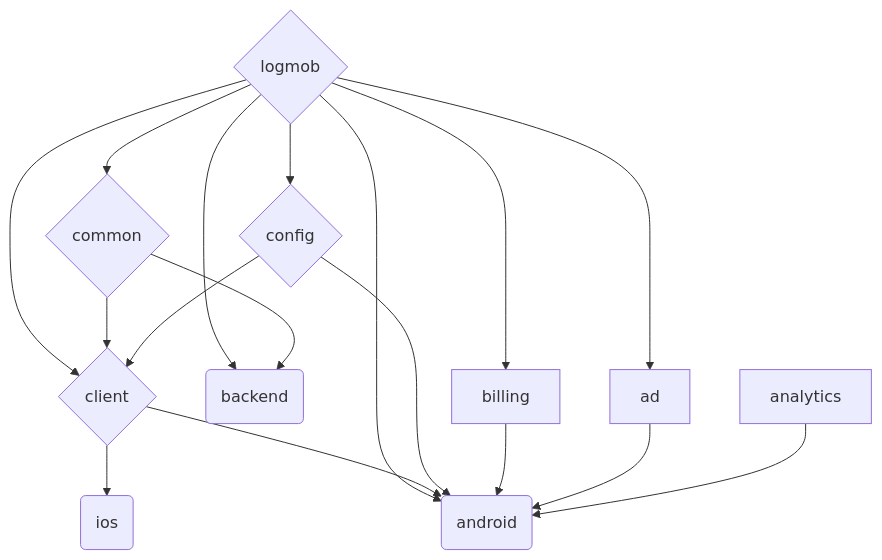
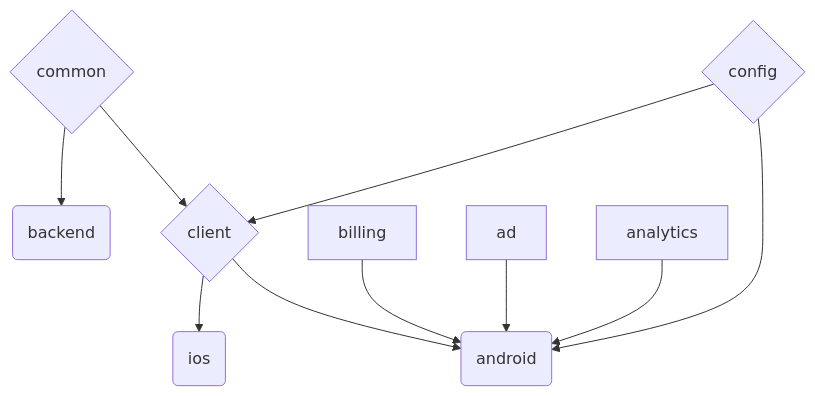
One commit to Oztechan/CCC changed the first of 2 diagrams in README.md. Above: the diagram before and after it, drawn with Mermaid. The commit also changed 12 other files, not shown here.

````diff
--- a/README.md
+++ b/README.md
@@ -85,30 +85,22 @@
 ```mermaid
 graph TD;
 
-logmob{logmob}-->config
-logmob-->ad
-logmob-->android
-logmob-->backend
-logmob-->billing
-logmob-->client
-logmob-->common
+backend(backend)
+android(android)
+ios(ios)
 
 client{client}-->android
 client-->ios
 
 common{common}-->client
 common-->backend
 
 config{config}-->android
 config-->client
 
 billing-->android
 
 ad-->android
 
 analytics-->android
-
-backend(backend)
-android(android)
-ios(ios)
 ```
````
